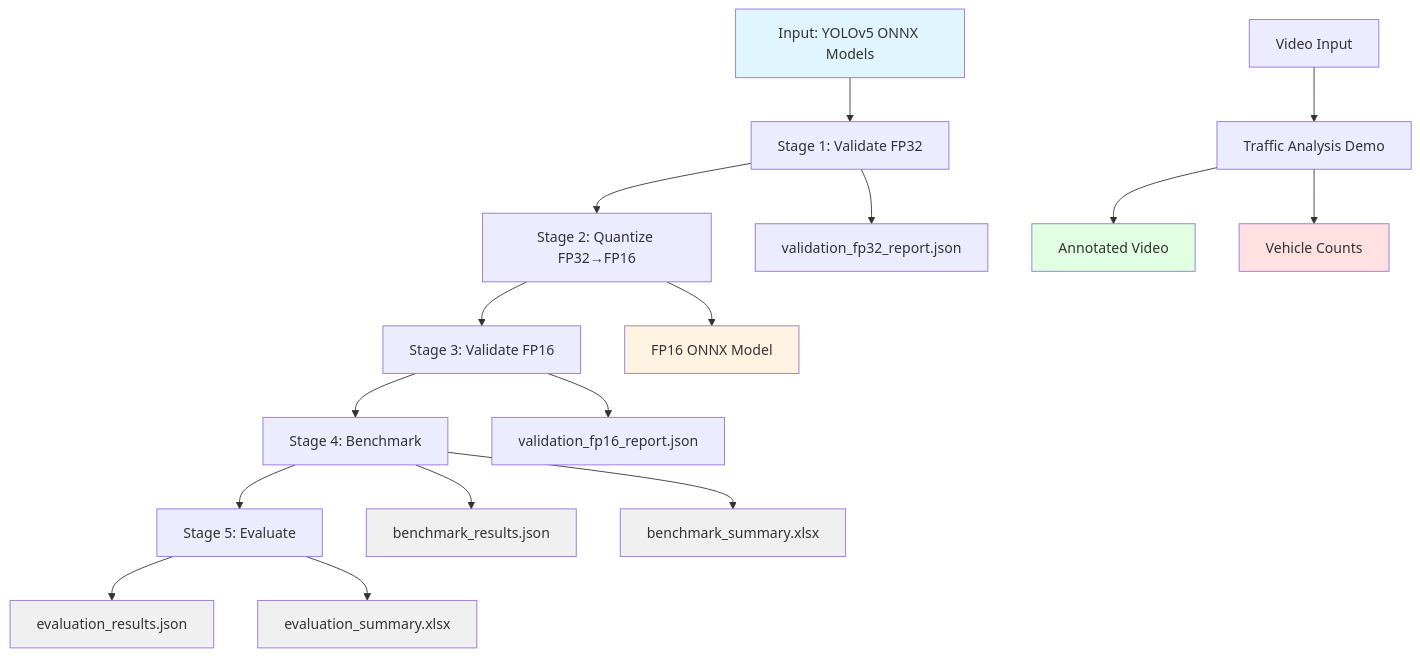
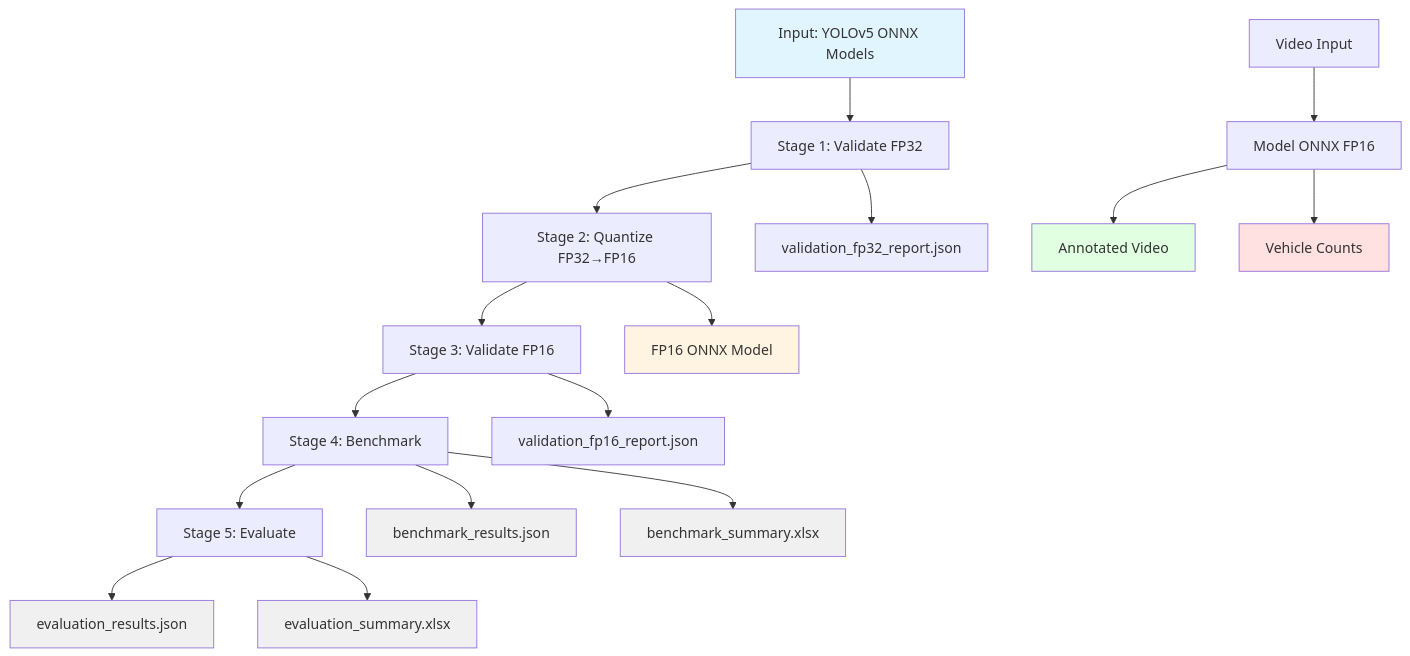
One commit to Caomyna/quantization-yolov5 changed the first of 3 diagrams in README.md. Above: the diagram before and after it, drawn with Mermaid. The commit also changed other lines of this file, not shown here.

````diff
--- a/README.md
+++ b/README.md
@@ -135,30 +135,30 @@
 ```mermaid
 flowchart TD
     A[Input: YOLOv5 ONNX Models] --> B[Stage 1: Validate FP32]
     B --> C[Stage 2: Quantize FP32→FP16]
     C --> D[Stage 3: Validate FP16]
     D --> E[Stage 4: Benchmark]
     E --> F[Stage 5: Evaluate]
     
     B --> B1[validation_fp32_report.json]
     D --> D1[validation_fp16_report.json]
     E --> E1[benchmark_results.json]
     E --> E2[benchmark_summary.xlsx]
     F --> F1[evaluation_results.json]
     F --> F2[evaluation_summary.xlsx]
     
     C --> C1[FP16 ONNX Model]
     
-    G[Video Input] --> H[Traffic Analysis Demo]
+    G[Video Input] --> H[Model ONNX FP16]
     H --> I[Annotated Video]
     H --> J[Vehicle Counts]
     
     style A fill:#e1f5ff
     style C1 fill:#fff4e1
     style E1 fill:#f0f0f0
     style E2 fill:#f0f0f0
     style F1 fill:#f0f0f0
     style F2 fill:#f0f0f0
     style I fill:#e1ffe1
     style J fill:#ffe1e1
 ```
````
